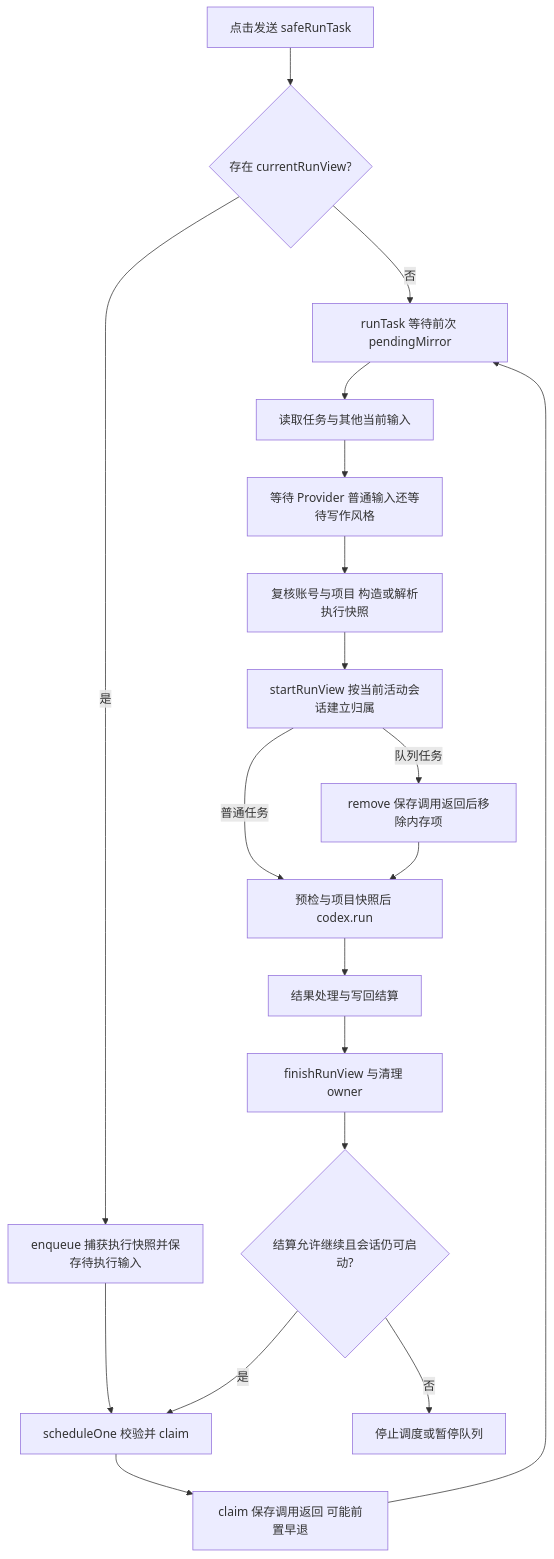
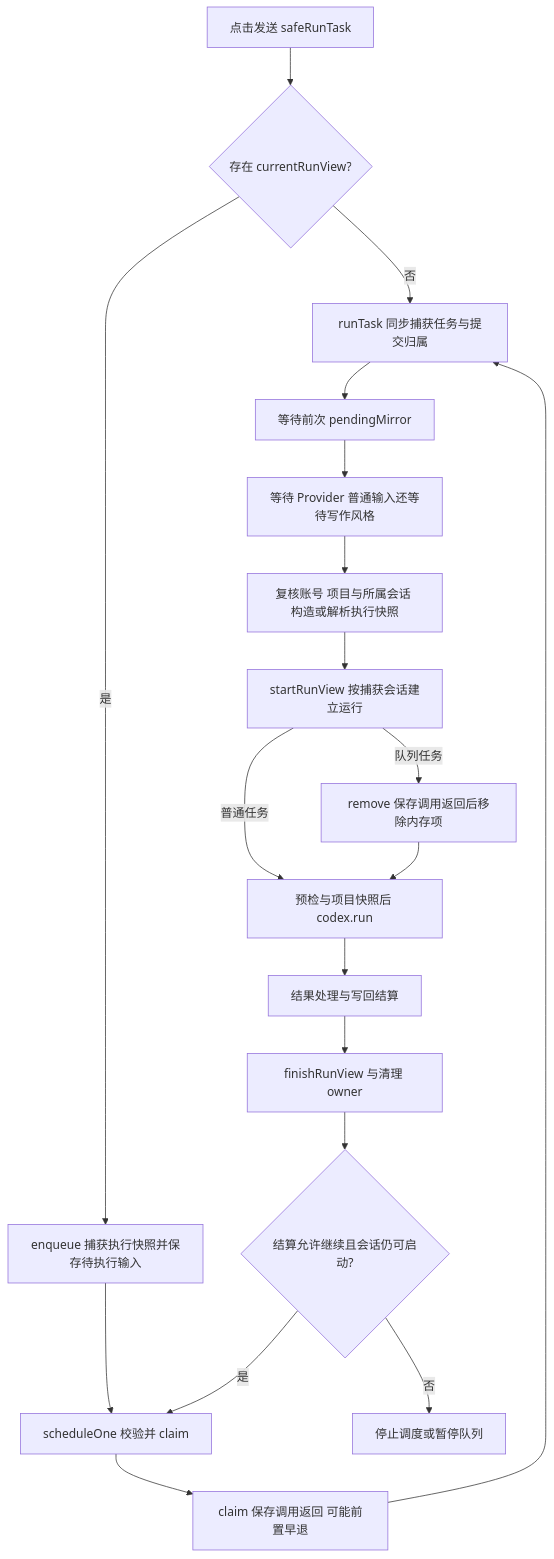
One commit to Ghqqqq/codex-overleaf-link changed the diagram in docs/architecture/run-state-and-recovery.md. Above: the diagram before and after it, drawn with Mermaid. The commit also changed other lines of this file and 45 other files, not shown here.

````diff
--- a/docs/architecture/run-state-and-recovery.md
+++ b/docs/architecture/run-state-and-recovery.md
@@ -51,21 +51,21 @@
 ```mermaid
 flowchart TD
   A[点击发送 safeRunTask] --> B{存在 currentRunView?}
-  B -->|否| M[runTask 等待前次 pendingMirror]
+  B -->|否| C[runTask 同步捕获任务与提交归属]
   B -->|是| Q[enqueue 捕获执行快照并保存待执行输入]
   Q --> R[scheduleOne 校验并 claim]
   R --> S[claim 保存调用返回 可能前置早退]
-  S --> M
-  M --> C[读取任务与其他当前输入]
-  C --> L[等待 Provider 普通输入还等待写作风格]
-  L --> I[复核账号与项目 构造或解析执行快照]
-  I --> V[startRunView 按当前活动会话建立归属]
+  S --> C
+  C --> M[等待前次 pendingMirror]
+  M --> L[等待 Provider 普通输入还等待写作风格]
+  L --> I[复核账号 项目与所属会话 构造或解析执行快照]
+  I --> V[startRunView 按捕获会话建立运行]
   V -->|队列任务| P[remove 保存调用返回后移除内存项]
   V -->|普通任务| N[预检与项目快照后 codex.run]
   P --> N
   N --> W[结果处理与写回结算]
   W --> T[finishRunView 与清理 owner]
   T --> U{结算允许继续且会话仍可启动?}
   U -->|是| R
   U -->|否| X[停止调度或暂停队列]
 ```
````
